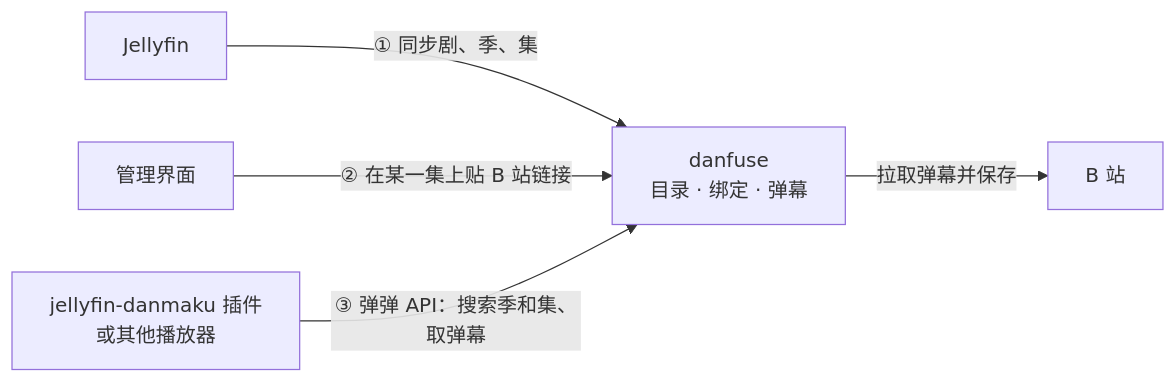
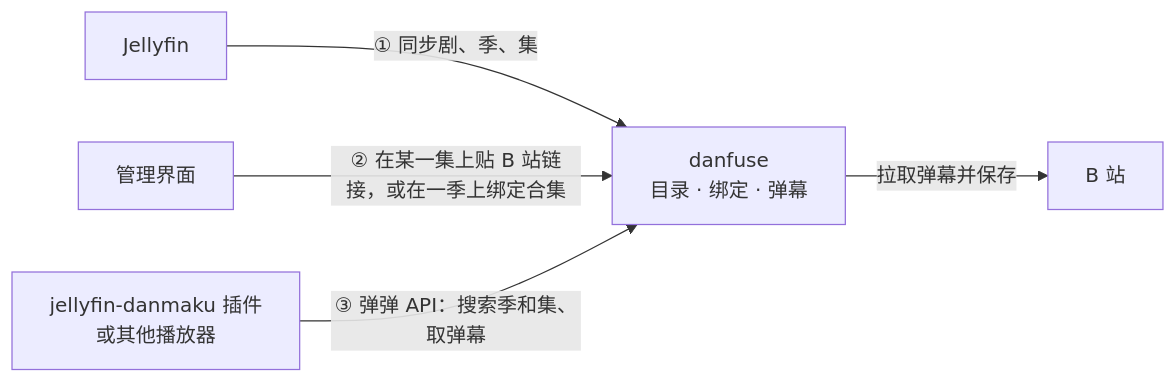
One commit to kzw200015/danfuse changed the diagram in README.md. Above: the diagram before and after it, drawn with Mermaid. The commit also changed other lines of this file and 79 other files, not shown here.

````diff
--- a/README.md
+++ b/README.md
@@ -19,7 +20,7 @@
 ```mermaid
 flowchart LR
     jellyfin["Jellyfin"] -->|"① 同步剧、季、集"| danfuse["danfuse<br/>目录 · 绑定 · 弹幕"]
-    admin["管理界面"] -->|"② 在某一集上贴 B 站链接"| danfuse
+    admin["管理界面"] -->|"② 在某一集上贴 B 站链接，或在一季上绑定合集"| danfuse
     danfuse -->|"拉取弹幕并保存"| bilibili["B 站"]
     plugin["jellyfin-danmaku 插件<br/>或其他播放器"] -->|"③ 弹弹 API：搜索季和集、取弹幕"| danfuse
 ```
````
